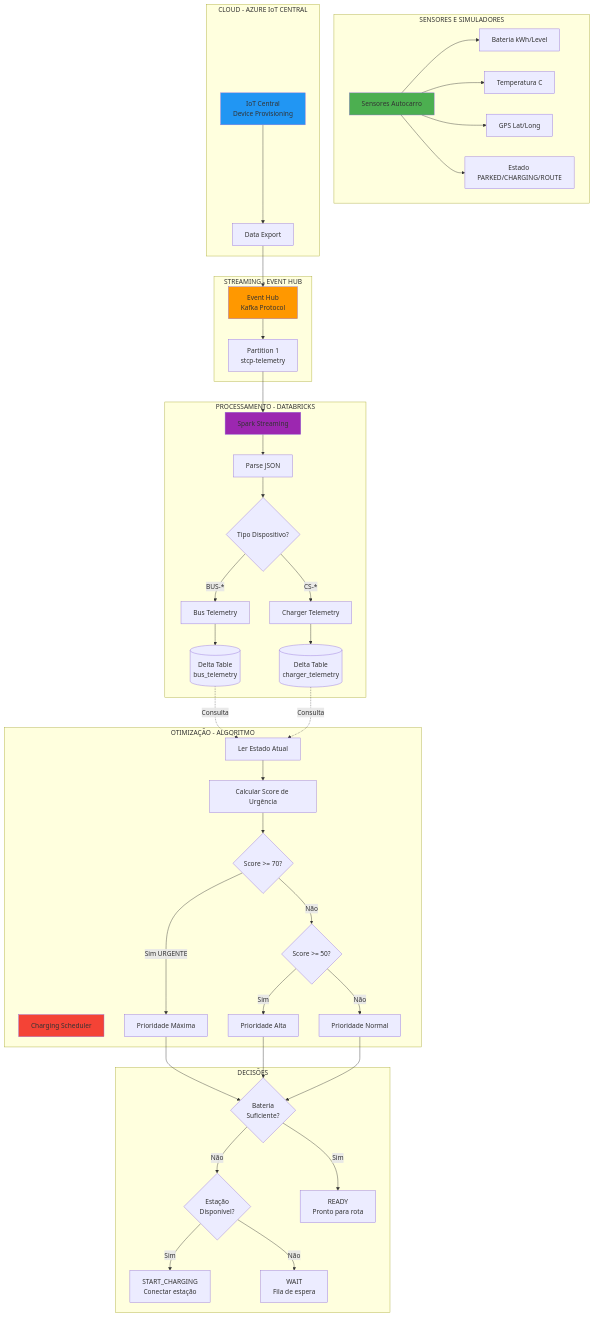
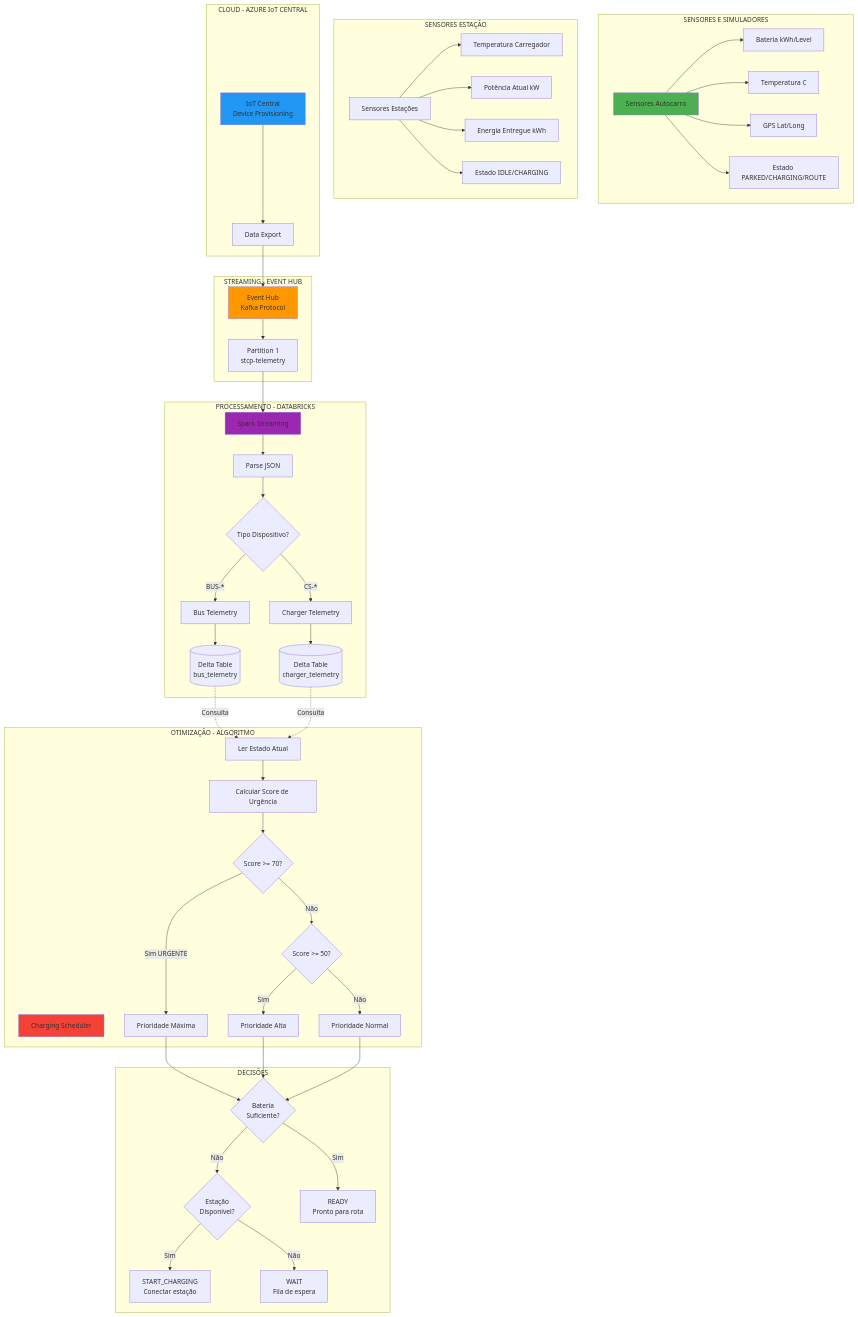
Before and after one commit to Highleaf2/stcp-bus-charging-simulation: the first of 5 diagrams in WORKFLOW_DIAGRAMS.md, drawn with Mermaid.

Commit message:
Enhance workflow diagram with sensor details
Added sensors information for charging stations.

````diff
--- a/WORKFLOW_DIAGRAMS.md
+++ b/WORKFLOW_DIAGRAMS.md
@@ -11,62 +11,70 @@
 ```mermaid
 graph TB
     subgraph "SENSORES E SIMULADORES"
         A[Sensores Autocarro]
         A1[Bateria kWh/Level]
         A2[Temperatura C]
         A3[GPS Lat/Long]
         A4[Estado PARKED/CHARGING/ROUTE]
         A --> A1 & A2 & A3 & A4
     end
-    
+
+    subgraph "SENSORES ESTAÇÂO"
+    CS[Sensores Estações] --> CS1[Temperatura Carregador]
+    CS --> CS2[Potência Atual kW]
+    CS --> CS3[Energia Entregue kWh]
+    CS --> CS4[Estado IDLE/CHARGING]
+
+    end
+
     subgraph "CLOUD - AZURE IoT CENTRAL"
         B[IoT Central<br/>Device Provisioning]
         B --> C[Data Export]
     end
     
     subgraph "STREAMING - EVENT HUB"
         C --> D[Event Hub<br/>Kafka Protocol]
         D --> D1[Partition 1<br/>stcp-telemetry]
     end
     
     subgraph "PROCESSAMENTO - DATABRICKS"
         D1 --> E[Spark Streaming]
         E --> F[Parse JSON]
         F --> G{Tipo Dispositivo?}
         G -->|BUS-*| H[Bus Telemetry]
         G -->|CS-*| I[Charger Telemetry]
         H --> J[(Delta Table<br/>bus_telemetry)]
         I --> K[(Delta Table<br/>charger_telemetry)]
     end
     
     subgraph "OTIMIZAÇÃO - ALGORITMO"
         L[Charging Scheduler]
         M[Ler Estado Atual]
         N[Calcular Score de Urgência]
         
         M --> N
         J -.Consulta.-> M
         K -.Consulta.-> M
         
         N --> O{Score >= 70?}
         O -->|Sim URGENTE| P[Prioridade Máxima]
         O -->|Não| Q{Score >= 50?}
         Q -->|Sim| R[Prioridade Alta]
         Q -->|Não| S[Prioridade Normal]
     end
     
     subgraph "DECISÕES"
         P & R & S --> T{Bateria<br/>Suficiente?}
         T -->|Não| U{Estação<br/>Disponível?}
         T -->|Sim| V[READY<br/>Pronto para rota]
         
         U -->|Sim| W[START_CHARGING<br/>Conectar estação]
         U -->|Não| X[WAIT<br/>Fila de espera]
     end
     
     style A fill:#4CAF50
     style B fill:#2196F3
     style D fill:#FF9800
     style E fill:#9C27B0
     style L fill:#F44336
 ```
````
